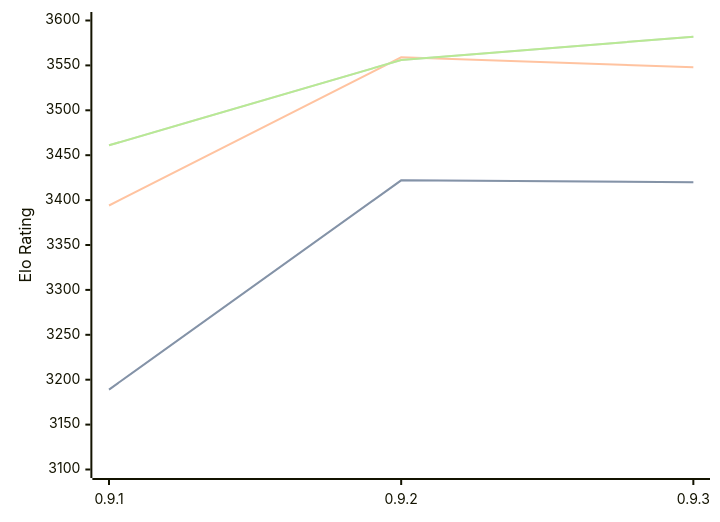
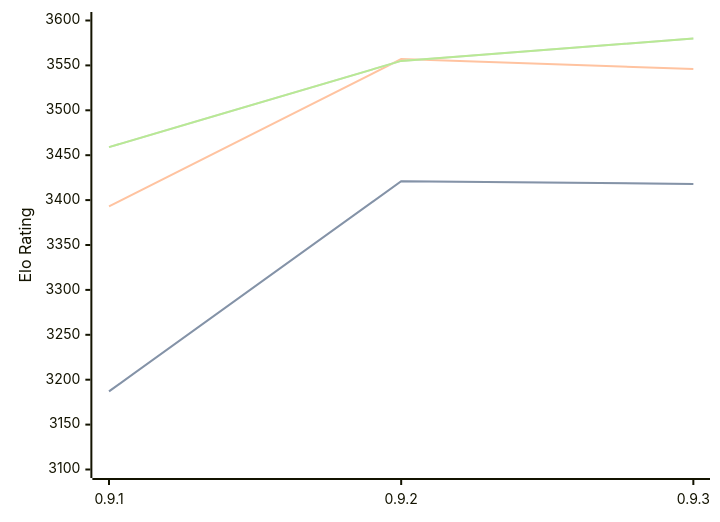
One commit to computer-chess-index/cci changed the diagram in engines/Coda.md. Above: the diagram before and after it, drawn with Mermaid. The commit also changed other lines of this file, not shown here.

Commit message:
Update CCI Ratings (ELO VLTC) - 2026-08-12

````diff
--- a/engines/Coda.md
+++ b/engines/Coda.md
@@ -33,11 +33,11 @@
 ```mermaid
 %%{init: {"theme":"base","themeVariables":{"seriesColors:['#a3a3a3','#222221','#faa371']}}}%%
 xychart-beta
   x-axis ["0.9.1", "0.9.2", "0.9.3"]
   y-axis "Elo Rating" 3100 --> 3600
-  line "STC (8.0+0.08s)" [3189, 3422, 3420]
-  line "STC (8.0+0.08s)" [3189, 3422, 3420]
-  line "LTC (60.0+0.60s)" [3394, 3559, 3548]
-  line "VLTC (2m24s+1.12s)" [3461, 3556, 3582]
-  line "VLTC (2m24s+1.12s)" [3461, 3556, 3582]
+  line "STC (8.0+0.08s)" [3187, 3421, 3418]
+  line "STC (8.0+0.08s)" [3187, 3421, 3418]
+  line "LTC (60.0+0.60s)" [3393, 3557, 3546]
+  line "VLTC (2m24s+1.12s)" [3459, 3555, 3580]
+  line "VLTC (2m24s+1.12s)" [3459, 3555, 3580]
 ```
````
